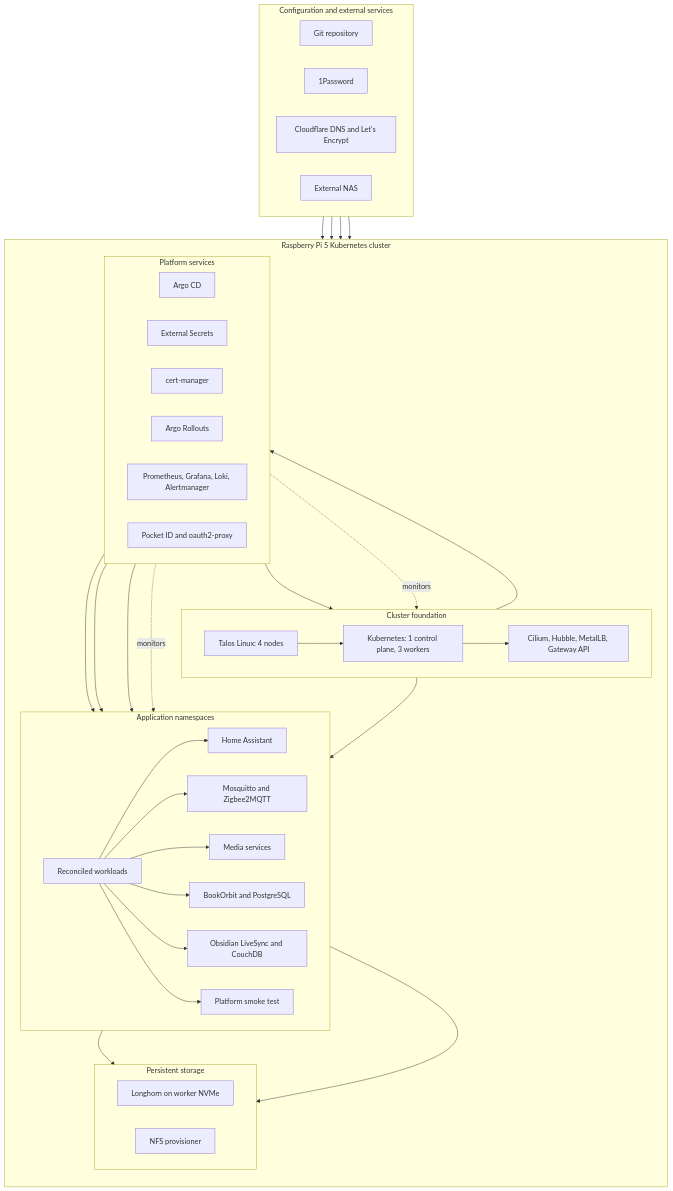
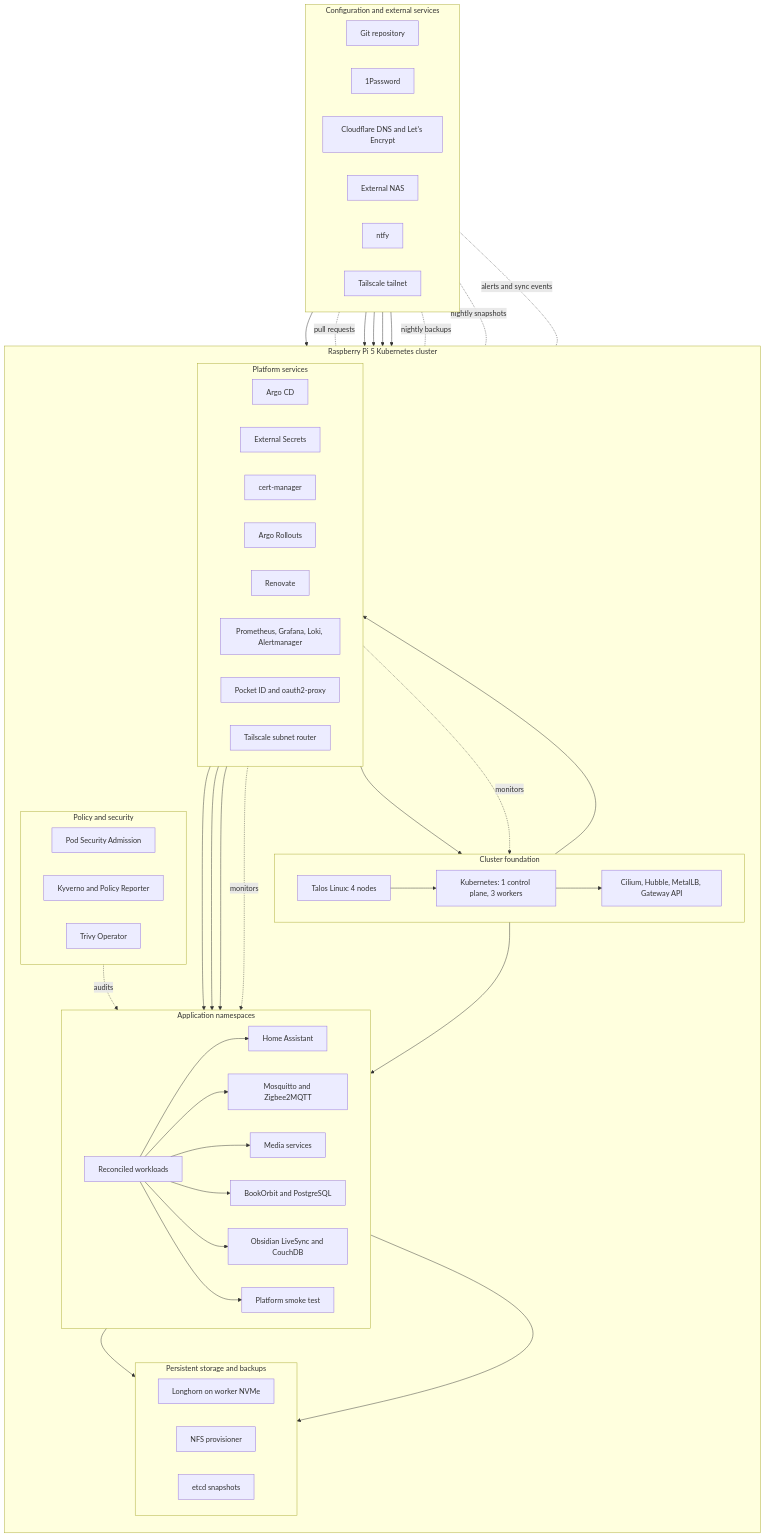
One commit to Alphaegen/talos-kubernetes-homelab changed the diagram in README.md. Above: the diagram before and after it, drawn with Mermaid. The commit also changed other lines of this file and 1 other file, not shown here.

Commit message:
Document Trivy, backups and recent platform changes in the README

````diff
--- a/README.md
+++ b/README.md
@@ -38,6 +40,8 @@
         onepassword["1Password"]
         publicdns["Cloudflare DNS and Let's Encrypt"]
         nas["External NAS"]
+        ntfy["ntfy"]
+        tailnet["Tailscale tailnet"]
     end
 
     subgraph cluster["Raspberry Pi 5 Kubernetes cluster"]
@@ -57,8 +61,17 @@
             eso["External Secrets"]
             certificates["cert-manager"]
             rollouts["Argo Rollouts"]
+            renovate["Renovate"]
             observability["Prometheus, Grafana, Loki, Alertmanager"]
             identity["Pocket ID and oauth2-proxy"]
+            remote["Tailscale subnet router"]
+        end
+
+        subgraph security["Policy and security"]
+            direction LR
+            psa["Pod Security Admission"]
+            kyverno["Kyverno and Policy Reporter"]
+            trivy["Trivy Operator"]
         end
 
         subgraph applications["Application namespaces"]
@@ -78,10 +91,11 @@
             appentry --> smoke
         end
 
-        subgraph storage["Persistent storage"]
+        subgraph storage["Persistent storage and backups"]
             direction LR
             longhorn["Longhorn on worker NVMe"]
             nfs["NFS provisioner"]
+            etcdbackup["etcd snapshots"]
         end
 
         kubernetes --> argocd
@@ -92,12 +106,18 @@
         rollouts --> smoke
         observability -. monitors .-> kubernetes
         observability -. monitors .-> appentry
+        security -. audits .-> appentry
         appentry --> longhorn
         appentry --> nfs
     end
 
     git --> argocd
+    git -. pull requests .- renovate
     onepassword --> eso
     publicdns --> certificates
+    tailnet --> remote
     nas --> nfs
+    nas -. nightly backups .- longhorn
+    nas -. nightly snapshots .- etcdbackup
+    ntfy -. alerts and sync events .- observability
 ```
````
